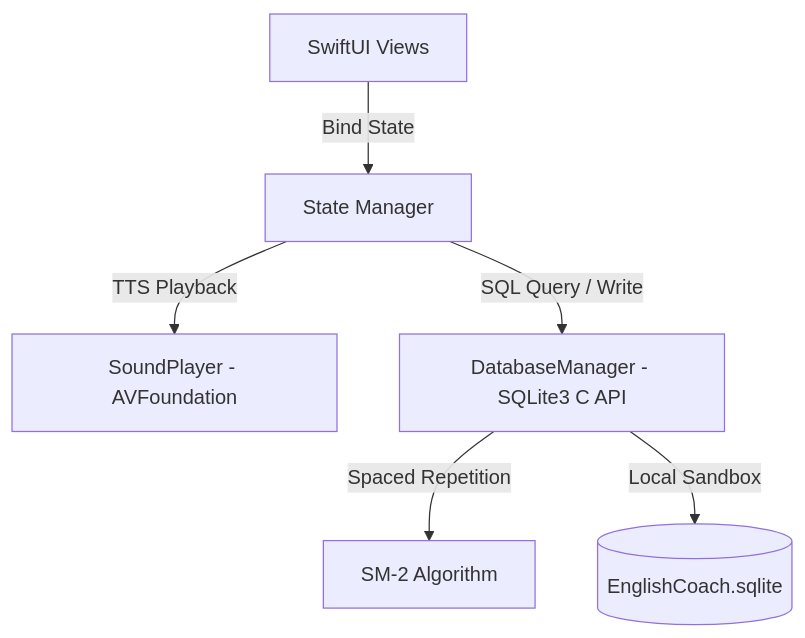
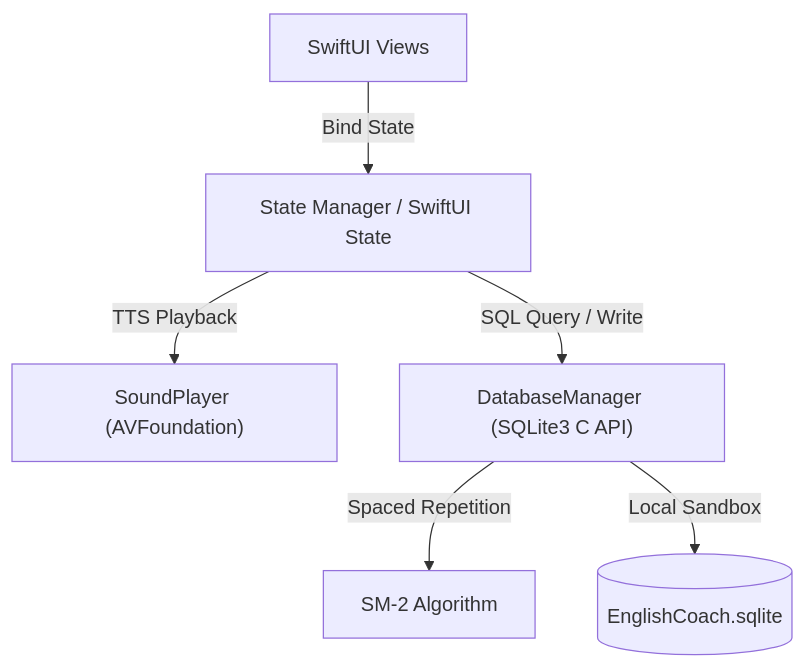
Before and after one commit to chunchiech/EnglishCoach: the diagram in README.md, drawn with Mermaid. The commit also changed other lines of this file, not shown here.

Commit message:
Update README.md to remove local file references and source code links

````diff
--- a/README.md
+++ b/README.md
@@ -21,8 +48,8 @@
 ```mermaid
 graph TD
-    UI[SwiftUI Views] -->|Bind State| VM[State Manager]
-    VM -->|TTS Playback| SP[SoundPlayer - AVFoundation]
-    VM -->|SQL Query / Write| DB[DatabaseManager - SQLite3 C API]
-    DB -->|Spaced Repetition| SM2[SM-2 Algorithm]
-    DB -->|Local Sandbox| SQLite[(EnglishCoach.sqlite)]
+    UI["SwiftUI Views"] -->|"Bind State"| VM["State Manager / SwiftUI State"]
+    VM -->|"TTS Playback"| SP["SoundPlayer (AVFoundation)"]
+    VM -->|"SQL Query / Write"| DB["DatabaseManager (SQLite3 C API)"]
+    DB -->|"Spaced Repetition"| SM2["SM-2 Algorithm"]
+    DB -->|"Local Sandbox"| SQLite[("EnglishCoach.sqlite")]
 ```
````
